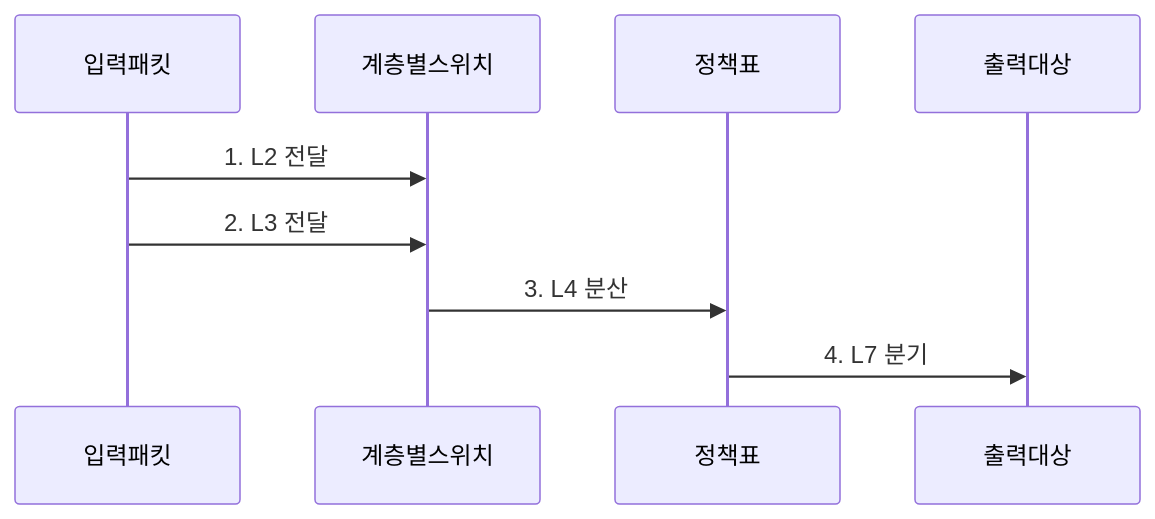
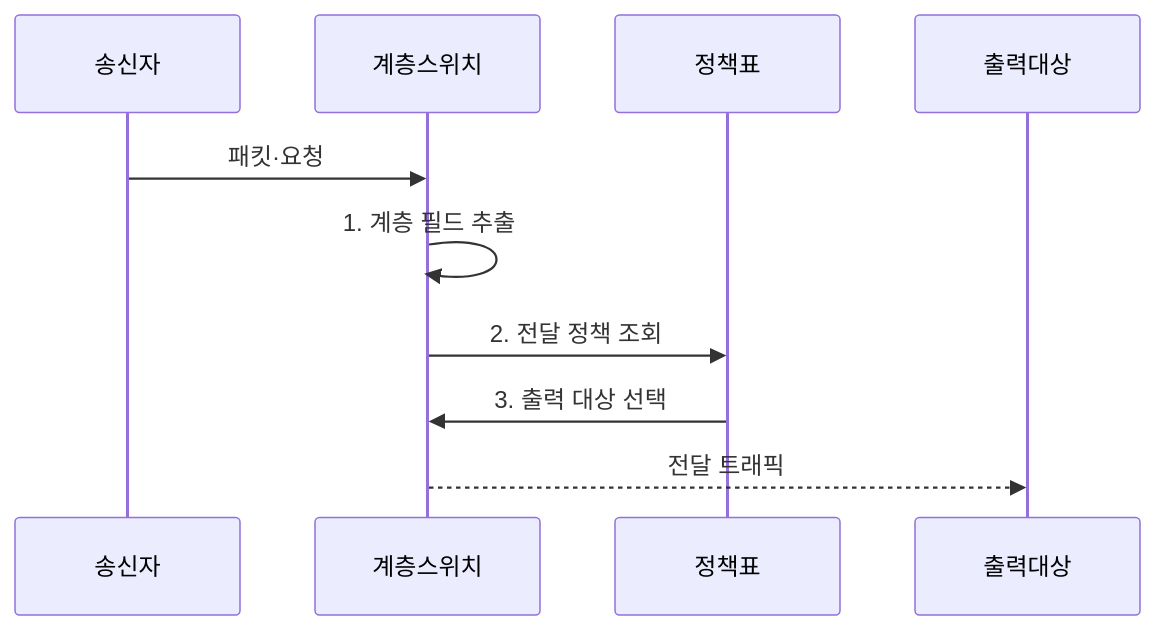
Before and after one commit to agnusdei1207/knowledge-base: the second of 2 diagrams in src/content/docs/notes/04-network/018_network_switches.md, drawn with Mermaid. The commit also changed other lines of this file and 20 other files, not shown here.

````diff
--- a/src/content/docs/notes/04-network/018_network_switches.md
+++ b/src/content/docs/notes/04-network/018_network_switches.md
@@ -84,11 +86,12 @@
 ```mermaid
 sequenceDiagram
-    participant 입력패킷
-    participant 계층별스위치
+    participant 송신자
+    participant 계층스위치
     participant 정책표
     participant 출력대상
-    입력패킷->>계층별스위치: 1. L2 전달
-    입력패킷->>계층별스위치: 2. L3 전달
-    계층별스위치->>정책표: 3. L4 분산
-    정책표->>출력대상: 4. L7 분기
+    송신자->>계층스위치: 패킷·요청
+    계층스위치->>계층스위치: 1. 계층 필드 추출
+    계층스위치->>정책표: 2. 전달 정책 조회
+    정책표->>계층스위치: 3. 출력 대상 선택
+    계층스위치-->>출력대상: 전달 트래픽
 ```
````
